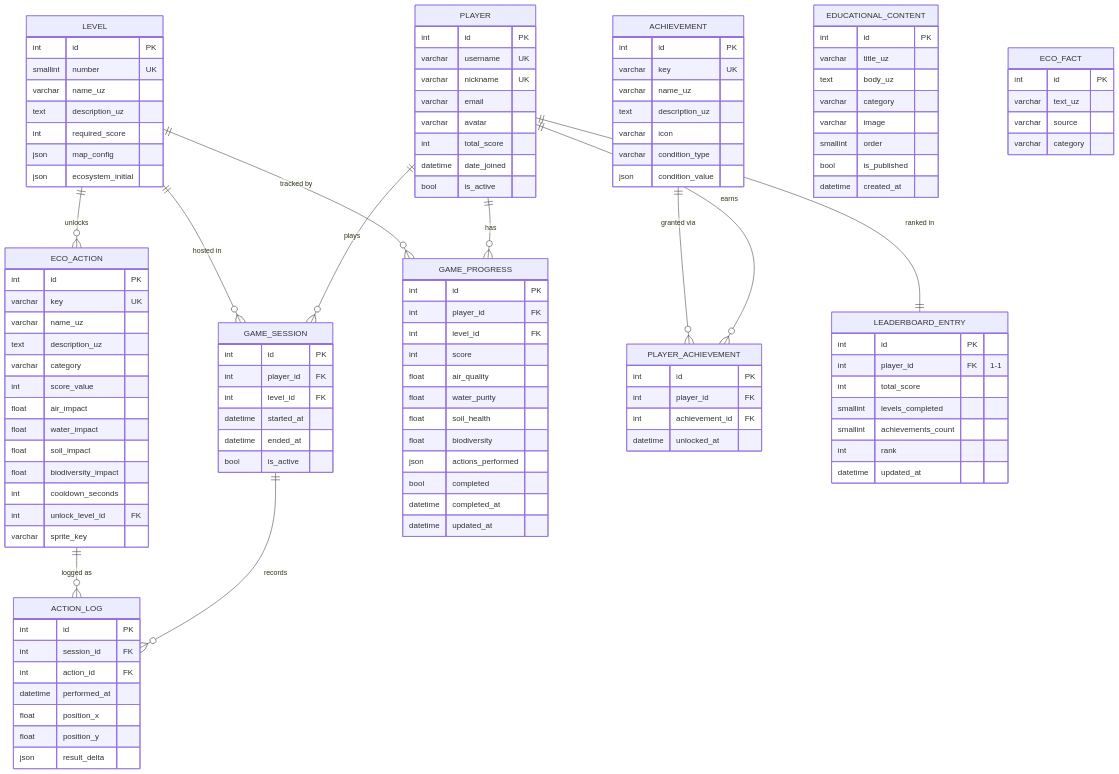
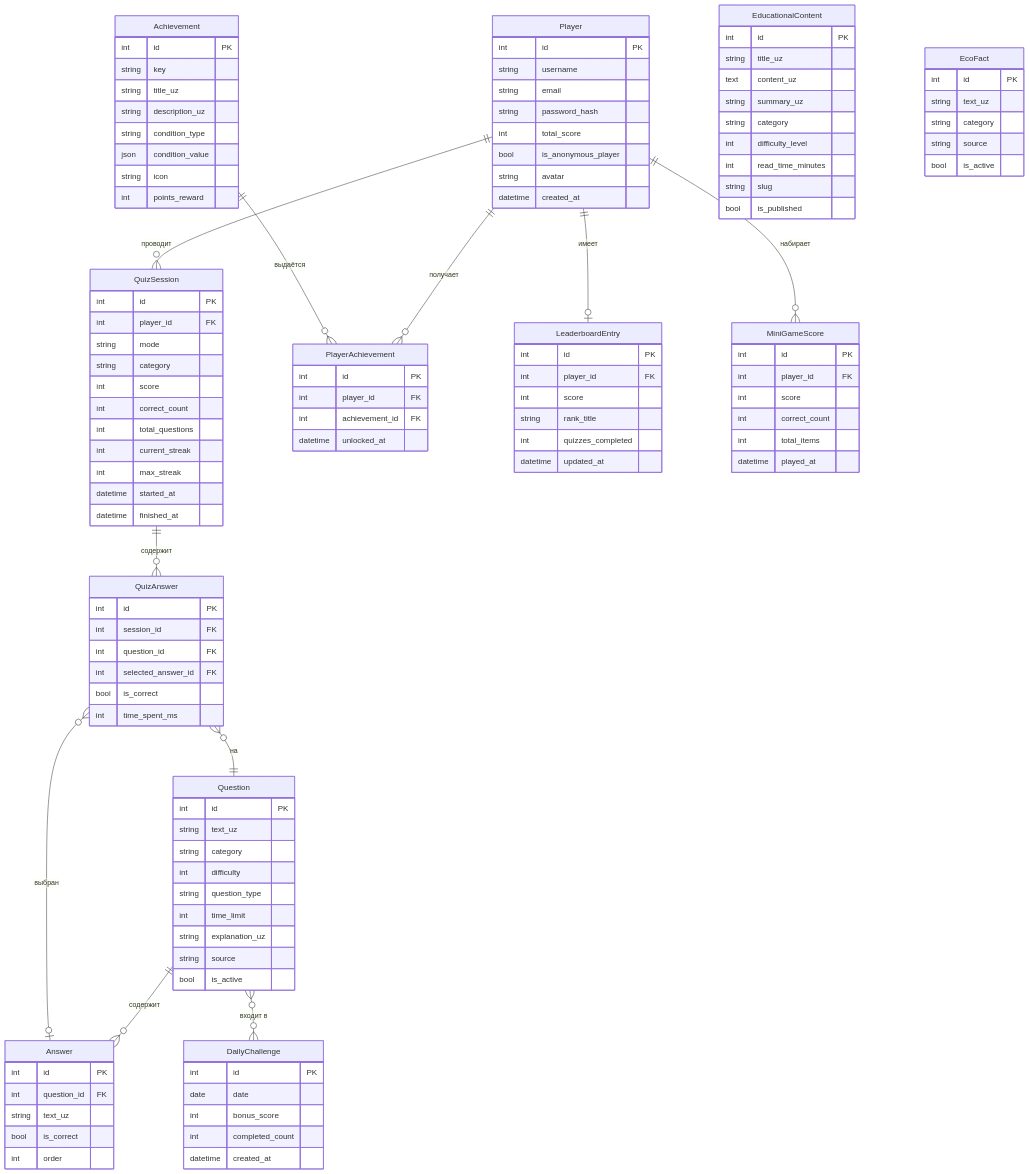
One commit to jakha921/ecogame-uz changed the diagram in docs/vkr/appendix_c_er_diagram.md. Above: the diagram before and after it, drawn with Mermaid. The commit also changed other lines of this file and 6 other files, not shown here.

````diff
--- a/docs/vkr/appendix_c_er_diagram.md
+++ b/docs/vkr/appendix_c_er_diagram.md
@@ -7,133 +5,135 @@
 ```mermaid
 erDiagram
-    PLAYER {
+    Player {
         int id PK
-        varchar username UK
-        varchar nickname UK
-        varchar email
-        varchar avatar
+        string username
+        string email
+        string password_hash
         int total_score
-        datetime date_joined
+        bool is_anonymous_player
+        string avatar
+        datetime created_at
+    }
+
+    Question {
+        int id PK
+        string text_uz
+        string category
+        int difficulty
+        string question_type
+        int time_limit
+        string explanation_uz
+        string source
         bool is_active
     }
 
-    LEVEL {
+    Answer {
         int id PK
-        smallint number UK
-        varchar name_uz
-        text description_uz
-        int required_score
-        json map_config
-        json ecosystem_initial
+        int question_id FK
+        string text_uz
+        bool is_correct
+        int order
     }
 
-    ECO_ACTION {
+    QuizSession {
         int id PK
-        varchar key UK
-        varchar name_uz
-        text description_uz
-        varchar category
-        int score_value
-        float air_impact
-        float water_impact
-        float soil_impact
-        float biodiversity_impact
-        int cooldown_seconds
-        int unlock_level_id FK
-        varchar sprite_key
+        int player_id FK
+        string mode
+        string category
+        int score
+        int correct_count
+        int total_questions
+        int current_streak
+        int max_streak
+        datetime started_at
+        datetime finished_at
     }
 
-    GAME_SESSION {
+    QuizAnswer {
         int id PK
-        int player_id FK
-        int level_id FK
-        datetime started_at
-        datetime ended_at
-        bool is_active
+        int session_id FK
+        int question_id FK
+        int selected_answer_id FK
+        bool is_correct
+        int time_spent_ms
     }
 
-    GAME_PROGRESS {
+    DailyChallenge {
         int id PK
-        int player_id FK
-        int level_id FK
-        int score
-        float air_quality
-        float water_purity
-        float soil_health
-        float biodiversity
-        json actions_performed
-        bool completed
-        datetime completed_at
-        datetime updated_at
+        date date
+        int bonus_score
+        int completed_count
+        datetime created_at
     }
 
-    ACTION_LOG {
+    Achievement {
         int id PK
-        int session_id FK
-        int action_id FK
-        datetime performed_at
-        float position_x
-        float position_y
-        json result_delta
+        string key
+        string title_uz
+        string description_uz
+        string condition_type
+        json condition_value
+        string icon
+        int points_reward
     }
 
-    ACHIEVEMENT {
-        int id PK
-        varchar key UK
-        varchar name_uz
-        text description_uz
-        varchar icon
-        varchar condition_type
-        json condition_value
-    }
-
-    PLAYER_ACHIEVEMENT {
+    PlayerAchievement {
         int id PK
         int player_id FK
         int achievement_id FK
         datetime unlocked_at
     }
 
-    EDUCATIONAL_CONTENT {
+    LeaderboardEntry {
         int id PK
-        varchar title_uz
-        text body_uz
-        varchar category
-        varchar image
-        smallint order
-        bool is_published
-        datetime created_at
-    }
-
-    ECO_FACT {
-        int id PK
-        varchar text_uz
-        varchar source
-        varchar category
-    }
-
-    LEADERBOARD_ENTRY {
-        int id PK
-        int player_id FK "1-1"
-        int total_score
-        smallint levels_completed
-        smallint achievements_count
-        int rank
+        int player_id FK
+        int score
+        string rank_title
+        int quizzes_completed
         datetime updated_at
     }
 
-    PLAYER ||--o{ GAME_SESSION : "plays"
-    PLAYER ||--o{ GAME_PROGRESS : "has"
-    PLAYER ||--o{ PLAYER_ACHIEVEMENT : "earns"
-    PLAYER ||--|| LEADERBOARD_ENTRY : "ranked in"
+    EducationalContent {
+        int id PK
+        string title_uz
+        text content_uz
+        string summary_uz
+        string category
+        int difficulty_level
+        int read_time_minutes
+        string slug
+        bool is_published
+    }
 
-    LEVEL ||--o{ GAME_SESSION : "hosted in"
-    LEVEL ||--o{ GAME_PROGRESS : "tracked by"
-    LEVEL ||--o{ ECO_ACTION : "unlocks"
+    EcoFact {
+        int id PK
+        string text_uz
+        string category
+        string source
+        bool is_active
+    }
 
-    GAME_SESSION ||--o{ ACTION_LOG : "records"
+    MiniGameScore {
+        int id PK
+        int player_id FK
+        int score
+        int correct_count
+        int total_items
+        datetime played_at
+    }
 
-    ECO_ACTION ||--o{ ACTION_LOG : "logged as"
+    %% Связи
+    Player ||--o{ QuizSession : "проводит"
+    Player ||--o| LeaderboardEntry : "имеет"
+    Player ||--o{ PlayerAchievement : "получает"
+    Player ||--o{ MiniGameScore : "набирает"
 
-    ACHIEVEMENT ||--o{ PLAYER_ACHIEVEMENT : "granted via"
+    Question ||--o{ Answer : "содержит"
+    Question }o--o{ DailyChallenge : "входит в"
+
+    QuizSession ||--o{ QuizAnswer : "содержит"
+    QuizAnswer }o--|| Question : "на"
+    QuizAnswer }o--o| Answer : "выбран"
+
+    Achievement ||--o{ PlayerAchievement : "выдаётся"
 ```
````
